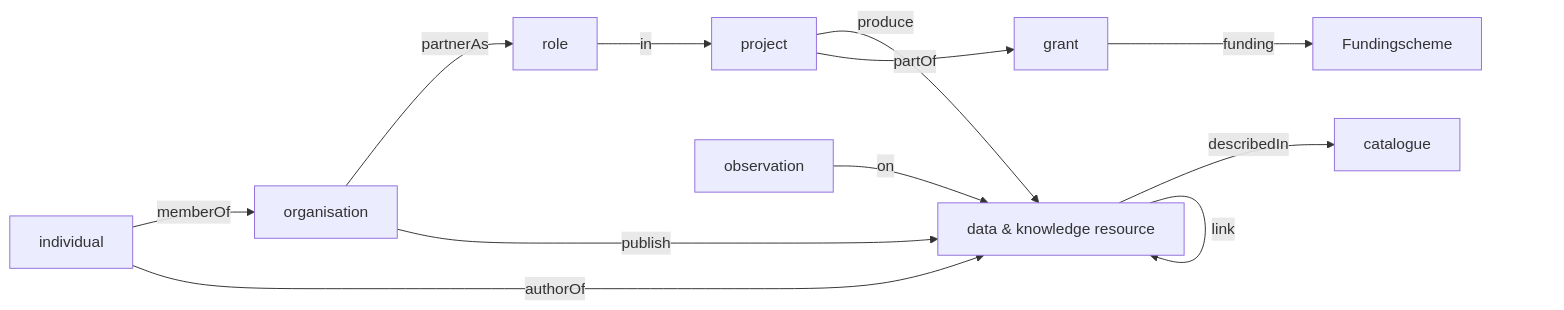
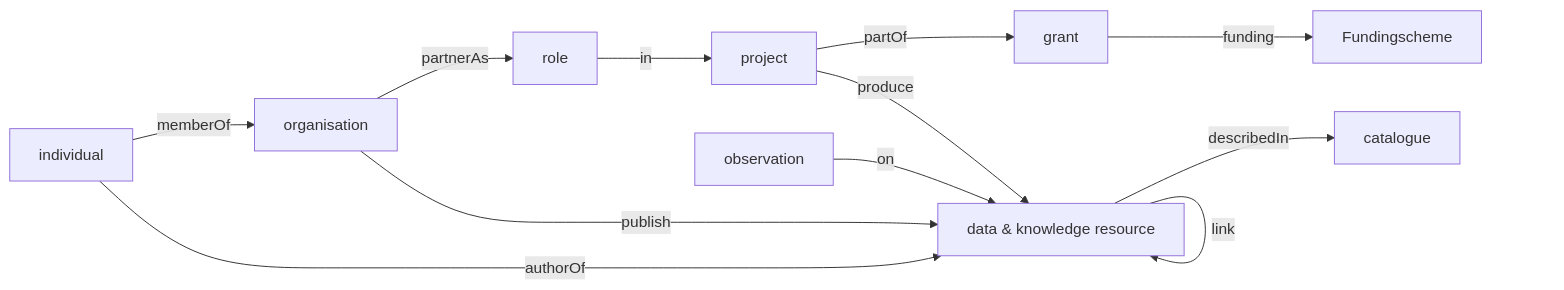
One commit to soilwise-he/soilwise-ontology changed the diagram in README.md. Above: the diagram before and after it, drawn with Mermaid. The commit also changed other lines of this file, not shown here.

````diff
--- a/README.md
+++ b/README.md
@@ -11,14 +11,14 @@
 ``` mermaid
 flowchart LR
     ppl[individual] -->|memberOf| o[organisation]
     ppl -->|authorOf| d
     o -->|partnerAs| r
+    p -->|partOf| g[grant]
     p[project] -->|produce| d[data & knowledge resource]
     obs[observation] -->|on| d
     o -->|publish| d
     d -->|describedIn| c[catalogue]
     d -->|link| d
     r[role] -->|in| p
-    p -->|partOf| g[grant]
     g -->|funding| fs[Fundingscheme]
 ```
````
